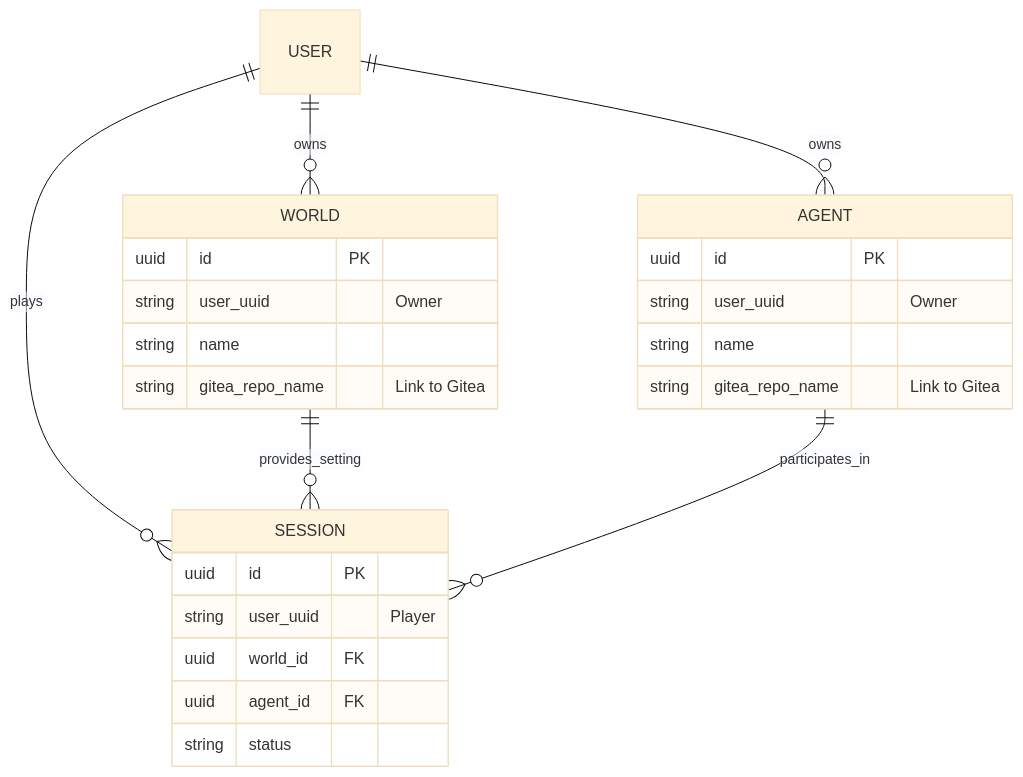
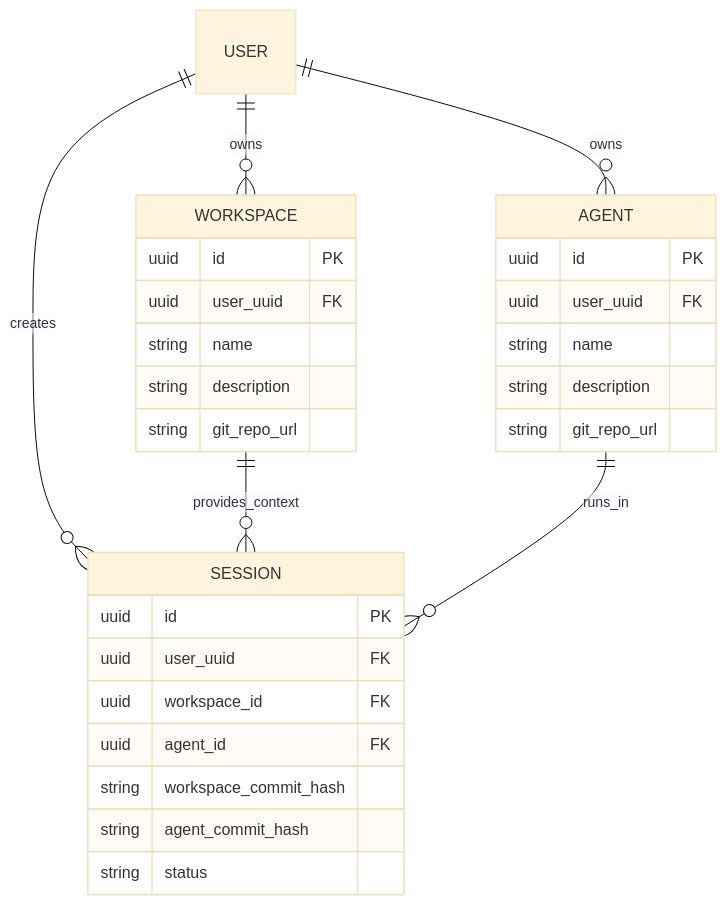
One commit to Larkspur-Wang/cohub changed the diagram in docs/db-schema.md. Above: the diagram before and after it, drawn with Mermaid (base theme). The commit also changed other lines of this file and 52 other files, not shown here.

````diff
--- a/docs/db-schema.md
+++ b/docs/db-schema.md
@@ -14,30 +15,35 @@
 ```mermaid
 erDiagram
-    USER ||--o{ WORLD : owns
+    USER ||--o{ WORKSPACE : owns
     USER ||--o{ AGENT : owns
-    USER ||--o{ SESSION : plays
-    WORLD ||--o{ SESSION : provides_setting
-    AGENT ||--o{ SESSION : participates_in
+    USER ||--o{ SESSION : creates
 
-    WORLD {
+    WORKSPACE ||--o{ SESSION : provides_context
+    AGENT ||--o{ SESSION : runs_in
+
+    WORKSPACE {
         uuid id PK
-        string user_uuid "Owner"
+        uuid user_uuid FK
         string name
-        string gitea_repo_name "Link to Gitea"
+        string description
+        string git_repo_url
     }
     
     AGENT {
         uuid id PK
-        string user_uuid "Owner"
+        uuid user_uuid FK
         string name
-        string gitea_repo_name "Link to Gitea"
+        string description
+        string git_repo_url
     }
 
     SESSION {
         uuid id PK
-        string user_uuid "Player"
-        uuid world_id FK
+        uuid user_uuid FK
+        uuid workspace_id FK
         uuid agent_id FK
+        string workspace_commit_hash
+        string agent_commit_hash
         string status
     }
 ```
````
